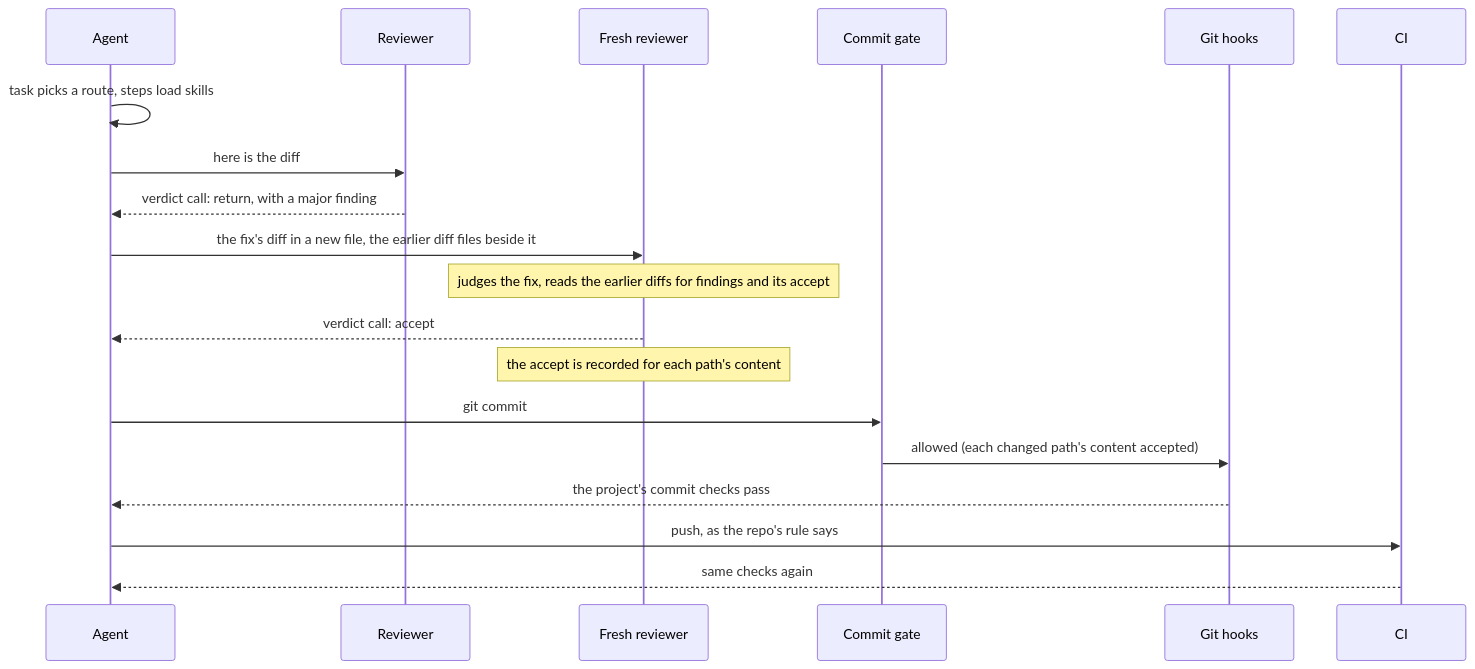
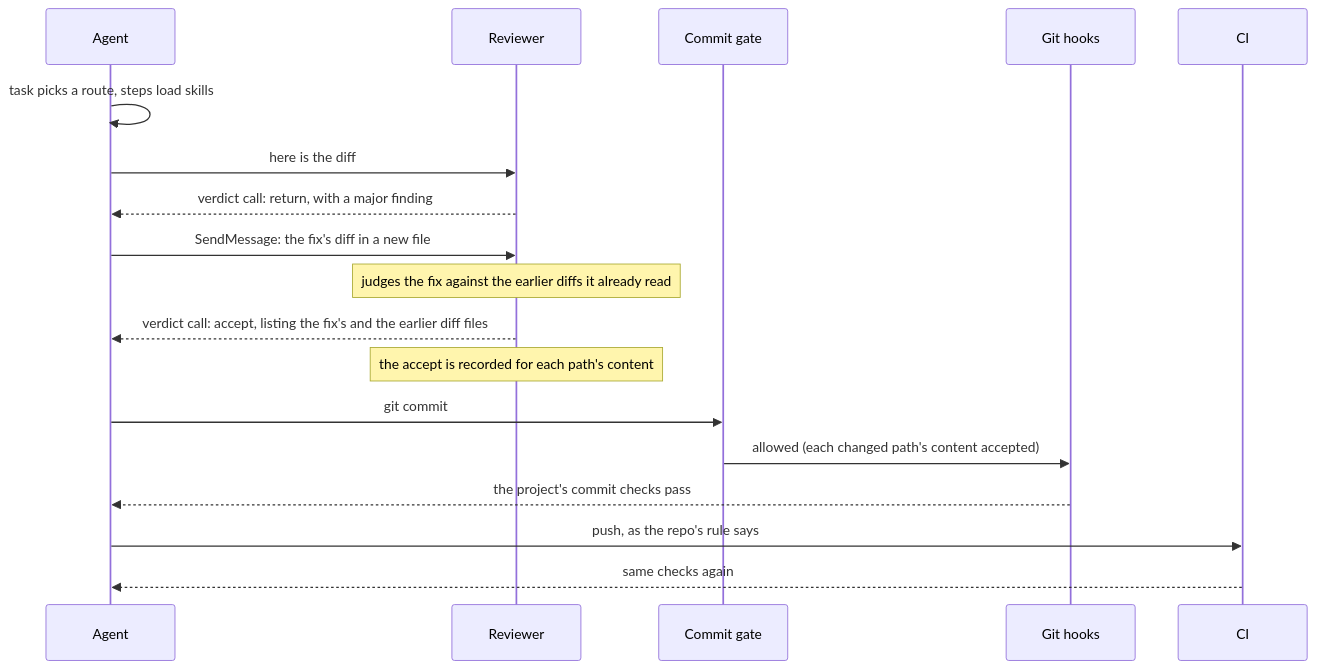
The third of 3 diagrams in docs/plugin.md (cniska/agent-skills), drawn with Mermaid before and after one commit. The commit also changed other lines of this file and 22 other files, not shown here.

Commit message:
feat(hooks): one reviewer carries its rounds

````diff
--- a/docs/plugin.md
+++ b/docs/plugin.md
@@ -31,21 +31,20 @@
 ```mermaid
 sequenceDiagram
   participant A as Agent
   participant V as Reviewer
-  participant R as Fresh reviewer
   participant P as Commit gate
   participant G as Git hooks
   participant C as CI
   A->>A: task picks a route, steps load skills
   A->>V: here is the diff
   V-->>A: verdict call: return, with a major finding
-  A->>R: the fix's diff in a new file, the earlier diff files beside it
-  Note over R: judges the fix, reads the earlier diffs for findings and its accept
-  R-->>A: verdict call: accept
-  Note over R: the accept is recorded for each path's content
+  A->>V: SendMessage: the fix's diff in a new file
+  Note over V: judges the fix against the earlier diffs it already read
+  V-->>A: verdict call: accept, listing the fix's and the earlier diff files
+  Note over V: the accept is recorded for each path's content
   A->>P: git commit
   P->>G: allowed (each changed path's content accepted)
   G-->>A: the project's commit checks pass
   A->>C: push, as the repo's rule says
   C-->>A: same checks again
 ```
````
